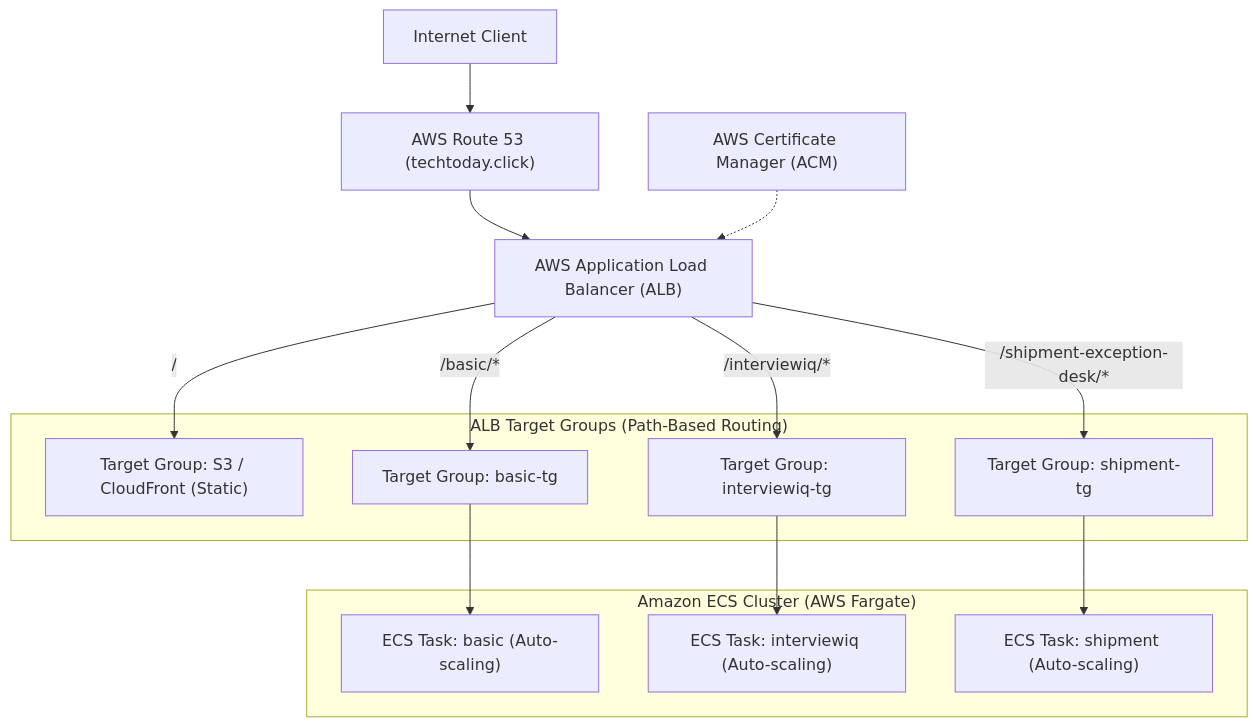
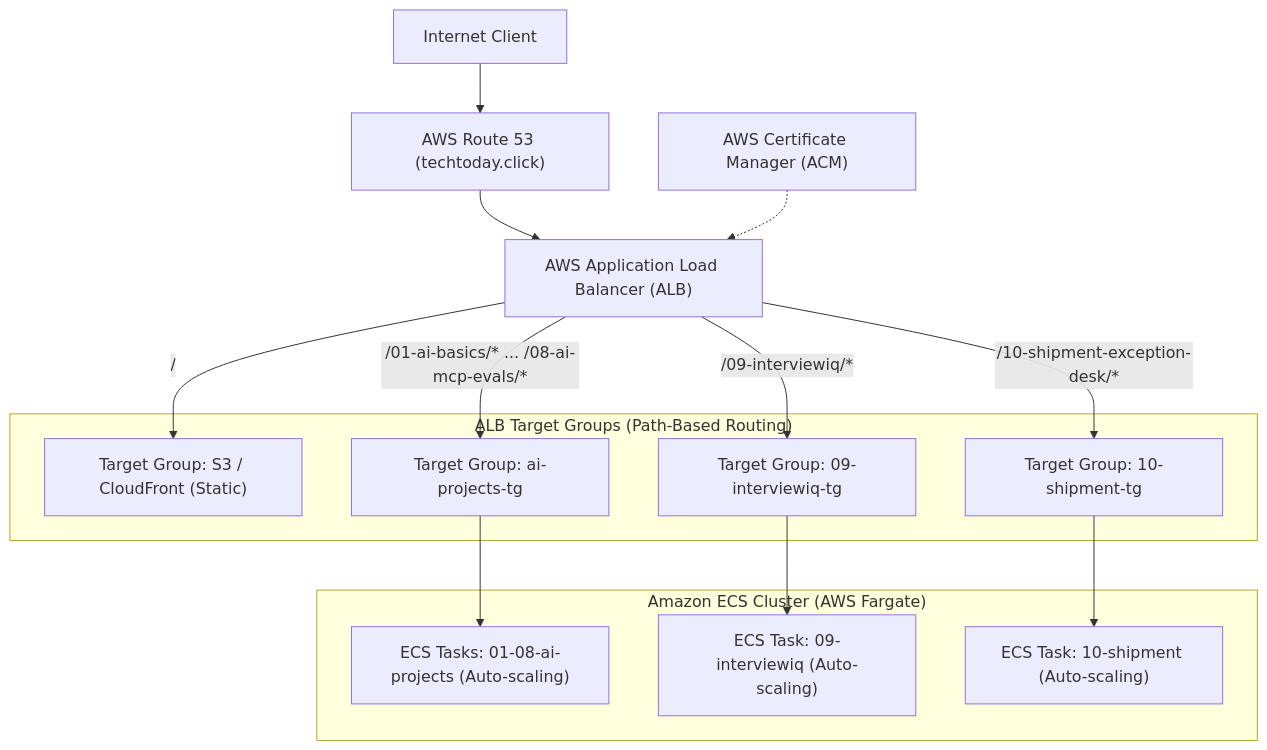
The seventh of 7 diagrams in projects/ARCHITECTURE.md (pankajspace/ai), drawn with Mermaid before and after one commit. The commit also changed other lines of this file and 721 other files, not shown here.

````diff
--- a/projects/ARCHITECTURE.md
+++ b/projects/ARCHITECTURE.md
@@ -1100,28 +1033,28 @@
 ```mermaid
 flowchart TD
     Client["Internet Client"]
     R53["AWS Route 53 (techtoday.click)"]
     ACM["AWS Certificate Manager (ACM)"]
     ALB["AWS Application Load Balancer (ALB)"]
 
     subgraph TargetGroups["ALB Target Groups (Path-Based Routing)"]
         TG_Static["Target Group: S3 / CloudFront (Static)"]
-        TG_Basic["Target Group: basic-tg"]
-        TG_Interview["Target Group: interviewiq-tg"]
-        TG_Shipment["Target Group: shipment-tg"]
+        TG_AIProjects["Target Group: ai-projects-tg"]
+        TG_Interview["Target Group: 09-interviewiq-tg"]
+        TG_Shipment["Target Group: 10-shipment-tg"]
     end
 
     subgraph ECS_Cluster["Amazon ECS Cluster (AWS Fargate)"]
-        Task_Basic["ECS Task: basic (Auto-scaling)"]
-        Task_Interview["ECS Task: interviewiq (Auto-scaling)"]
-        Task_Shipment["ECS Task: shipment (Auto-scaling)"]
+        Task_AIProjects["ECS Tasks: 01-08-ai-projects (Auto-scaling)"]
+        Task_Interview["ECS Task: 09-interviewiq (Auto-scaling)"]
+        Task_Shipment["ECS Task: 10-shipment (Auto-scaling)"]
     end
 
     Client --> R53
     R53 --> ALB
     ACM -.-> ALB
-    ALB -- "/basic/*" --> TG_Basic --> Task_Basic
-    ALB -- "/interviewiq/*" --> TG_Interview --> Task_Interview
-    ALB -- "/shipment-exception-desk/*" --> TG_Shipment --> Task_Shipment
+    ALB -- "/01-ai-basics/* ... /08-ai-mcp-evals/*" --> TG_AIProjects --> Task_AIProjects
+    ALB -- "/09-interviewiq/*" --> TG_Interview --> Task_Interview
+    ALB -- "/10-shipment-exception-desk/*" --> TG_Shipment --> Task_Shipment
     ALB -- "/" --> TG_Static
 ```
````
